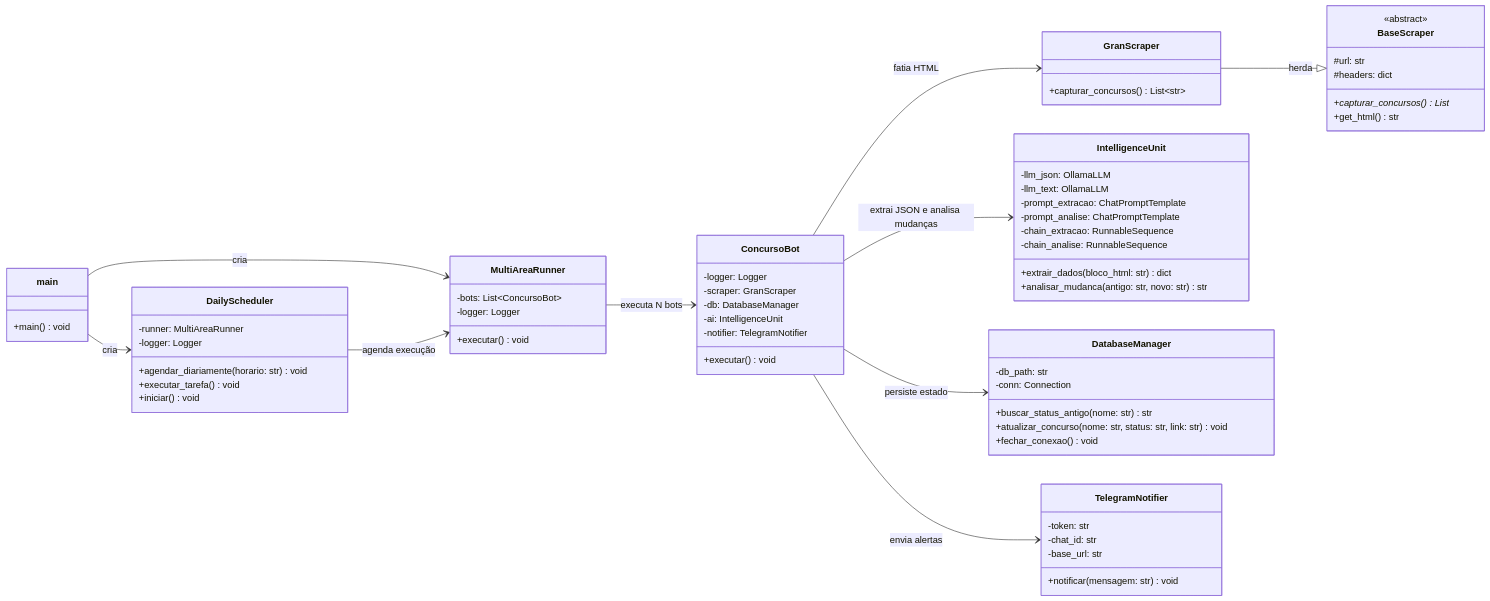
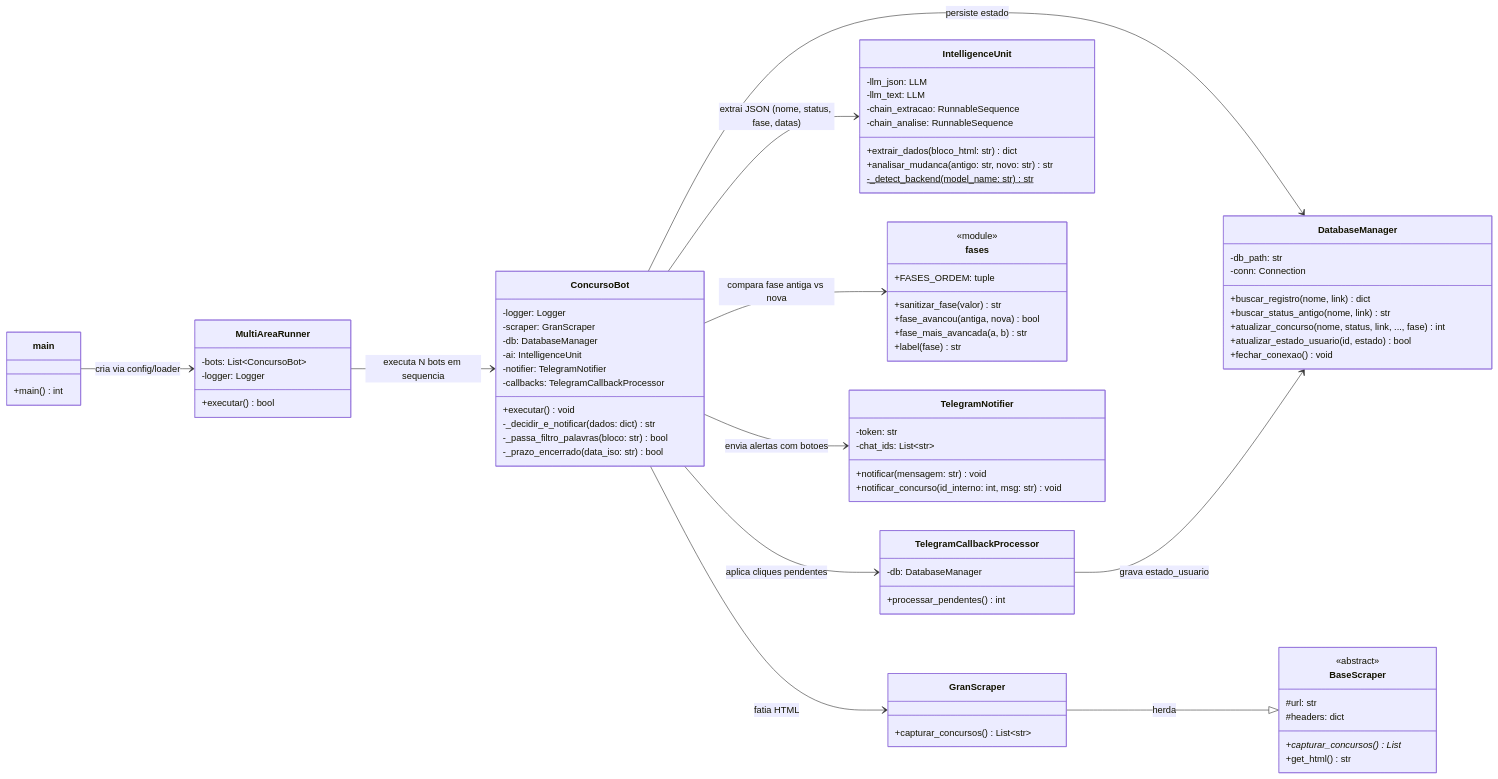
The diagram in README.md (lucasmsorrentino/monitor_concursos_ti), drawn with Mermaid before and after one commit. The commit also changed other lines of this file and 5 other files, not shown here.

````diff
--- a/README.md
+++ b/README.md
@@ -86,7 +97,13 @@
     direction LR
 
     class main {
-        +main() void
+        +main() int
+    }
+
+    class MultiAreaRunner {
+        -bots: List~ConcursoBot~
+        -logger: Logger
+        +executar() bool
     }
 
     class ConcursoBot {
@@ -95,7 +112,11 @@
         -db: DatabaseManager
         -ai: IntelligenceUnit
         -notifier: TelegramNotifier
+        -callbacks: TelegramCallbackProcessor
         +executar() void
+        -_decidir_e_notificar(dados: dict) str
+        -_passa_filtro_palavras(bloco: str) bool
+        -_prazo_encerrado(data_iso: str) bool
     }
 
     class BaseScraper {
@@ -111,52 +132,54 @@
     }
 
     class IntelligenceUnit {
-        -llm_json: OllamaLLM
-        -llm_text: OllamaLLM
-        -prompt_extracao: ChatPromptTemplate
-        -prompt_analise: ChatPromptTemplate
+        -llm_json: LLM
+        -llm_text: LLM
         -chain_extracao: RunnableSequence
         -chain_analise: RunnableSequence
         +extrair_dados(bloco_html: str) dict
         +analisar_mudanca(antigo: str, novo: str) str
+        -_detect_backend(model_name: str)$ str
+    }
+
+    class fases {
+        <<module>>
+        +FASES_ORDEM: tuple
+        +sanitizar_fase(valor) str
+        +fase_avancou(antiga, nova) bool
+        +fase_mais_avancada(a, b) str
+        +label(fase) str
     }
 
     class DatabaseManager {
         -db_path: str
         -conn: Connection
-        +buscar_status_antigo(nome: str) str
-        +atualizar_concurso(nome: str, status: str, link: str) void
+        +buscar_registro(nome, link) dict
+        +buscar_status_antigo(nome, link) str
+        +atualizar_concurso(nome, status, link, ..., fase) int
+        +atualizar_estado_usuario(id, estado) bool
         +fechar_conexao() void
     }
 
     class TelegramNotifier {
         -token: str
-        -chat_id: str
-        -base_url: str
+        -chat_ids: List~str~
         +notificar(mensagem: str) void
+        +notificar_concurso(id_interno: int, msg: str) void
     }
 
-    class MultiAreaRunner {
-        -bots: List~ConcursoBot~
-        -logger: Logger
-        +executar() void
+    class TelegramCallbackProcessor {
+        -db: DatabaseManager
+        +processar_pendentes() int
     }
 
-    class DailyScheduler {
-        -runner: MultiAreaRunner
-        -logger: Logger
-        +agendar_diariamente(horario: str) void
-        +executar_tarefa() void
-        +iniciar() void
-    }
-
-    main --> MultiAreaRunner : cria
-    main --> DailyScheduler : cria
-    MultiAreaRunner --> ConcursoBot : executa N bots
-    DailyScheduler --> MultiAreaRunner : agenda execução
+    main --> MultiAreaRunner : cria via config/loader
+    MultiAreaRunner --> ConcursoBot : executa N bots em sequencia
+    ConcursoBot --> TelegramCallbackProcessor : aplica cliques pendentes
     ConcursoBot --> GranScraper : fatia HTML
-    ConcursoBot --> IntelligenceUnit : extrai JSON e analisa mudanças
+    ConcursoBot --> IntelligenceUnit : extrai JSON (nome, status, fase, datas)
+    ConcursoBot --> fases : compara fase antiga vs nova
     ConcursoBot --> DatabaseManager : persiste estado
-    ConcursoBot --> TelegramNotifier : envia alertas
+    ConcursoBot --> TelegramNotifier : envia alertas com botoes
+    TelegramCallbackProcessor --> DatabaseManager : grava estado_usuario
     GranScraper --|> BaseScraper : herda
 ```
````
